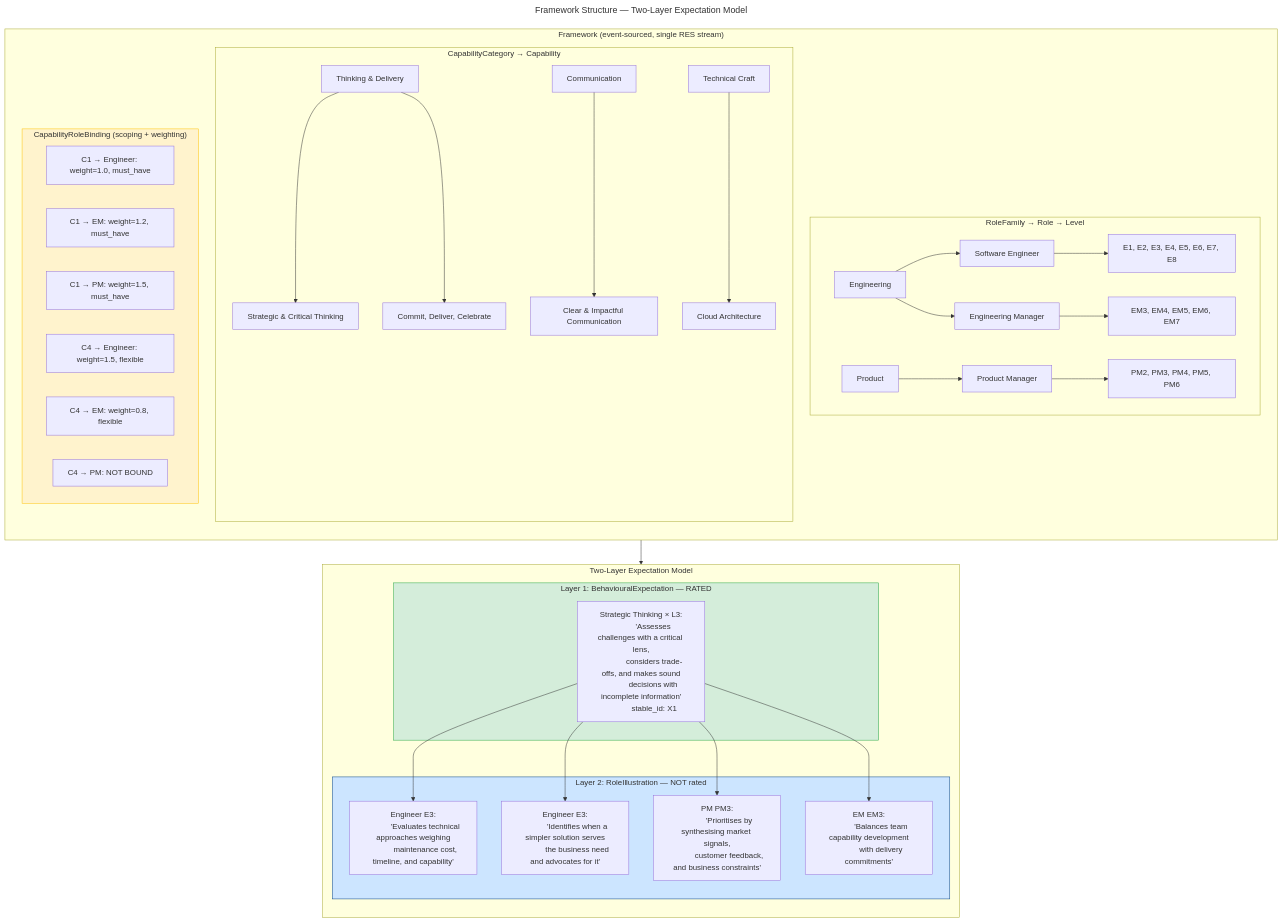
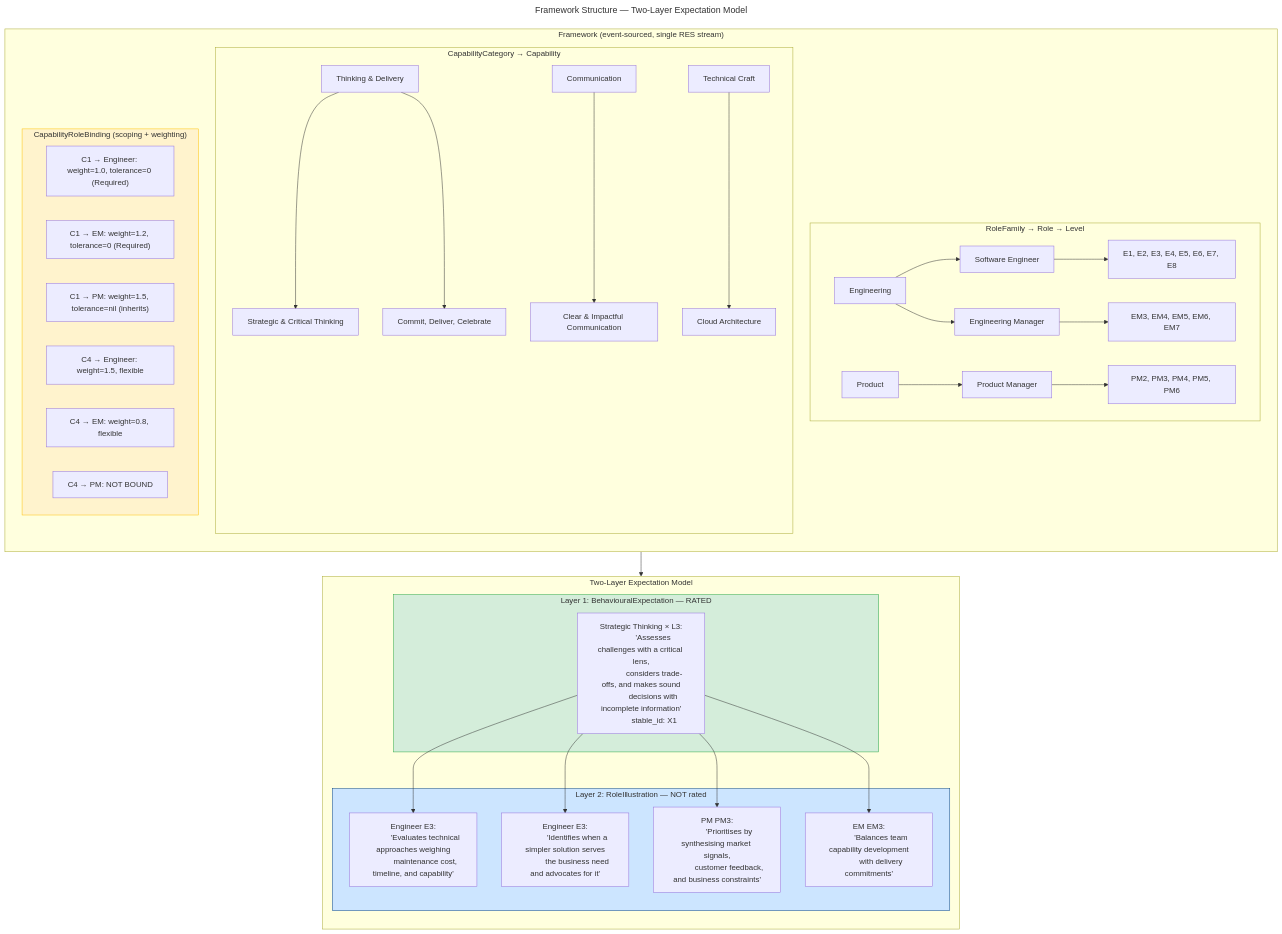
The diagram in docs/05-framework-structure.mermaid (espaliahq/espalia), drawn with Mermaid before and after one commit. The commit also changed 5 other files, not shown here.

Commit message:
docs(scoring): state the pooled prior bucket honestly and retire the last must_have references

```diff
--- a/docs/05-framework-structure.mermaid
+++ b/docs/05-framework-structure.mermaid
@@ -1,70 +1,70 @@
 ---
 title: Framework Structure — Two-Layer Expectation Model
 ---
 flowchart TB
     subgraph FW["Framework (event-sourced, single RES stream)"]
         direction TB
 
         subgraph Roles["RoleFamily → Role → Level"]
             RF1[Engineering] --> R1[Software Engineer]
             RF1 --> R2[Engineering Manager]
             RF2[Product] --> R3[Product Manager]
             R1 --> L1["E1, E2, E3, E4, E5, E6, E7, E8"]
             R2 --> L2["EM3, EM4, EM5, EM6, EM7"]
             R3 --> L3["PM2, PM3, PM4, PM5, PM6"]
         end
 
         subgraph Capabilities["CapabilityCategory → Capability"]
             CC1["Thinking & Delivery"] --> C1[Strategic & Critical Thinking]
             CC1 --> C2["Commit, Deliver, Celebrate"]
             CC2["Communication"] --> C3[Clear & Impactful Communication]
             CC3["Technical Craft"] --> C4[Cloud Architecture]
         end
 
         subgraph Bindings["CapabilityRoleBinding (scoping + weighting)"]
-            B1["C1 → Engineer: weight=1.0, must_have"]
-            B2["C1 → EM: weight=1.2, must_have"]
-            B3["C1 → PM: weight=1.5, must_have"]
+            B1["C1 → Engineer: weight=1.0, tolerance=0 (Required)"]
+            B2["C1 → EM: weight=1.2, tolerance=0 (Required)"]
+            B3["C1 → PM: weight=1.5, tolerance=nil (inherits)"]
             B4["C4 → Engineer: weight=1.5, flexible"]
             B5["C4 → EM: weight=0.8, flexible"]
             B6["C4 → PM: NOT BOUND"]
         end
     end
 
     subgraph TwoLayer["Two-Layer Expectation Model"]
         direction TB
 
         subgraph Layer1["Layer 1: BehaviouralExpectation — RATED"]
             BE["Strategic Thinking × L3:
             'Assesses challenges with a critical lens,
             considers trade-offs, and makes sound
             decisions with incomplete information'
             stable_id: X1"]
         end
 
         subgraph Layer2["Layer 2: RoleIllustration — NOT rated"]
             RI1["Engineer E3:
             'Evaluates technical approaches weighing
             maintenance cost, timeline, and capability'"]
             RI2["Engineer E3:
             'Identifies when a simpler solution serves
             the business need and advocates for it'"]
             RI3["PM PM3:
             'Prioritises by synthesising market signals,
             customer feedback, and business constraints'"]
             RI4["EM EM3:
             'Balances team capability development
             with delivery commitments'"]
         end
 
         BE --> RI1
         BE --> RI2
         BE --> RI3
         BE --> RI4
     end
 
     C1 --> BE
 
     style Layer1 fill:#d4edda,stroke:#28a745
     style Layer2 fill:#cce5ff,stroke:#004085
     style Bindings fill:#fff3cd,stroke:#ffc107
```
